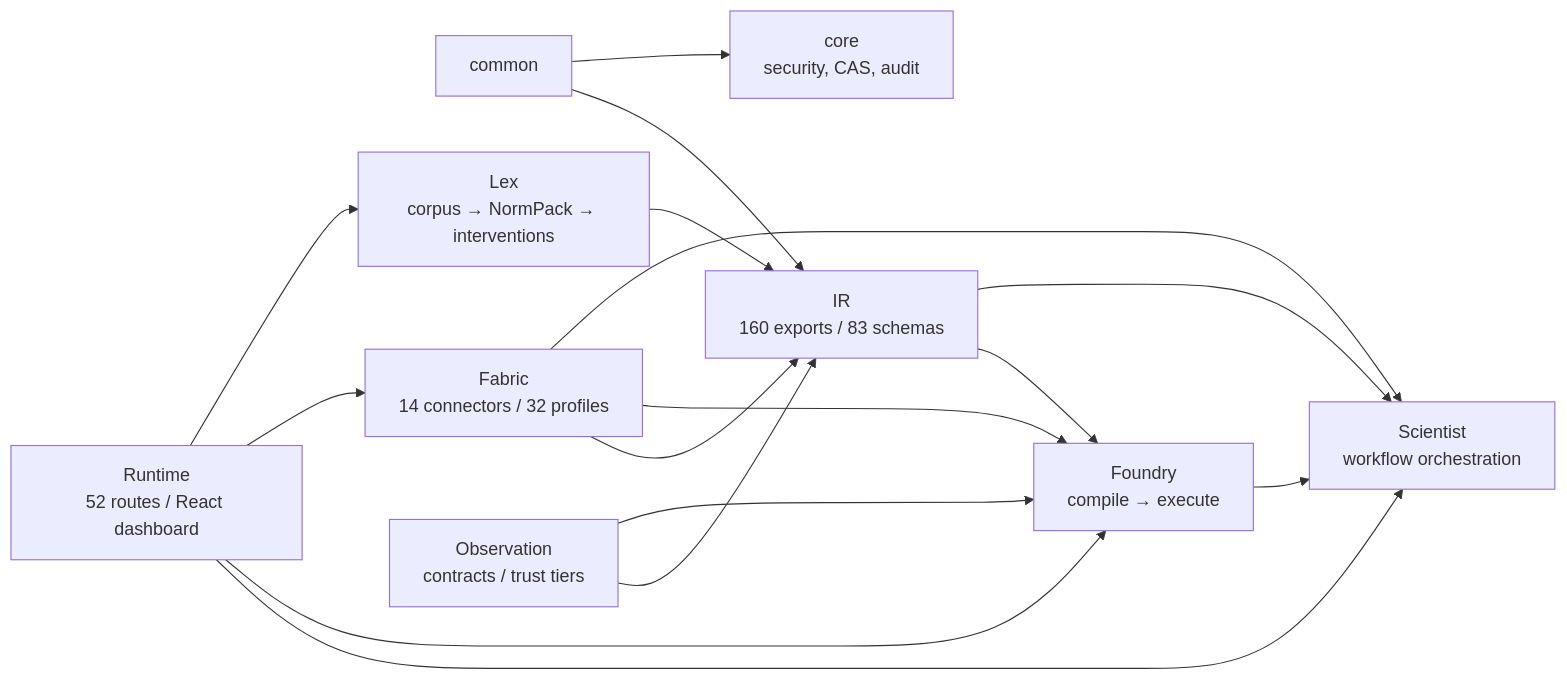
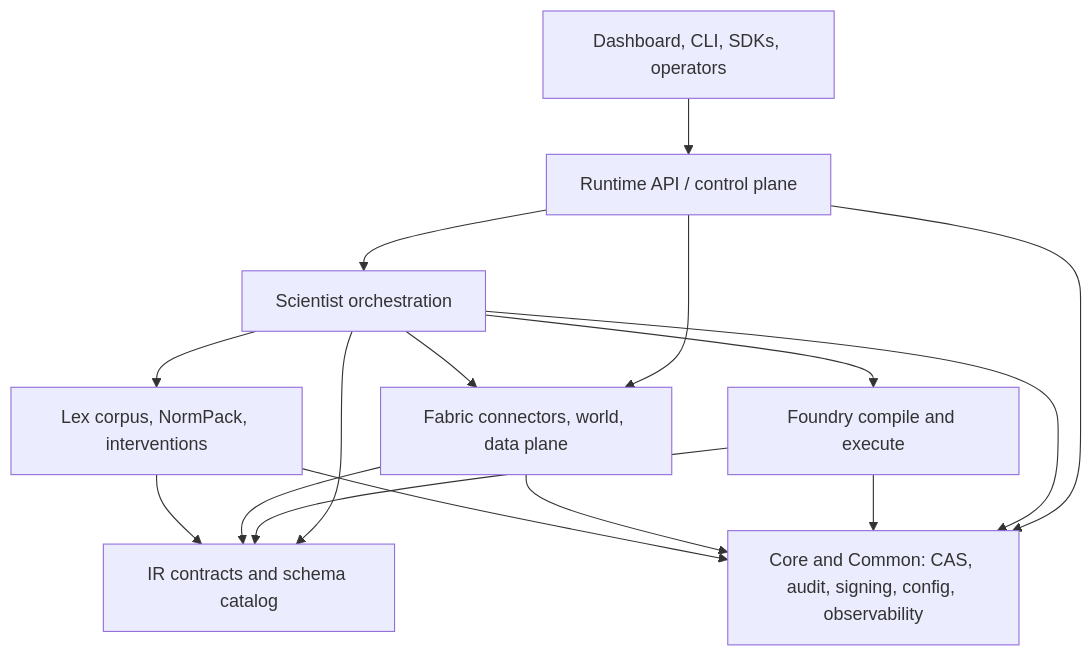
Before and after one commit to DenisKopylov/polisyos: the first of 2 diagrams in policy-engine/docs/explanation/architecture.md, drawn with Mermaid. The commit also changed other lines of this file and 733 other files, not shown here.

````diff
--- a/policy-engine/docs/explanation/architecture.md
+++ b/policy-engine/docs/explanation/architecture.md
@@ -93,18 +15,27 @@
 ```mermaid
-graph LR
-  Common["common"] --> IR["IR<br/>160 exports / 83 schemas"]
-  Common --> Core["core<br/>security, CAS, audit"]
-  IR --> Foundry["Foundry<br/>compile → execute"]
-  IR --> Scientist["Scientist<br/>workflow orchestration"]
-  Fabric["Fabric<br/>14 connectors / 32 profiles"] --> IR
-  Fabric --> Foundry
-  Fabric --> Scientist
-  Lex["Lex<br/>corpus → NormPack → interventions"] --> IR
-  Observation["Observation<br/>contracts / trust tiers"] --> IR
-  Observation --> Foundry
-  Foundry --> Scientist
-  Runtime["Runtime<br/>52 routes / React dashboard"] --> Scientist
-  Runtime --> Foundry
-  Runtime --> Fabric
-  Runtime --> Lex
+flowchart TB
+    Clients["Dashboard, CLI, SDKs, operators"]
+    Runtime["Runtime API / control plane"]
+    Scientist["Scientist orchestration"]
+    Foundry["Foundry compile and execute"]
+    Fabric["Fabric connectors, world, data plane"]
+    Lex["Lex corpus, NormPack, interventions"]
+    IR["IR contracts and schema catalog"]
+    Core["Core and Common: CAS, audit, signing, config, observability"]
+
+    Clients --> Runtime
+    Runtime --> Scientist
+    Runtime --> Fabric
+    Runtime --> Core
+    Scientist --> Foundry
+    Scientist --> Fabric
+    Scientist --> Lex
+    Scientist --> IR
+    Scientist --> Core
+    Foundry --> IR
+    Foundry --> Core
+    Fabric --> IR
+    Fabric --> Core
+    Lex --> IR
+    Lex --> Core
 ```
````
